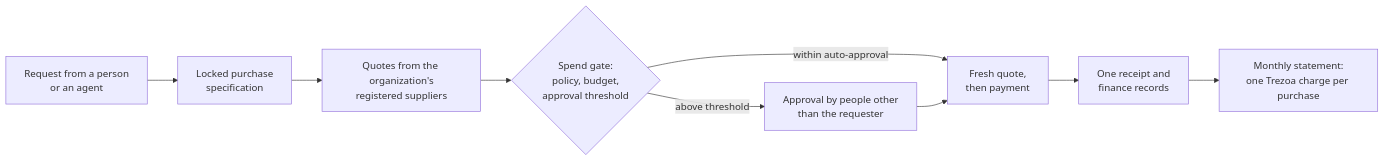
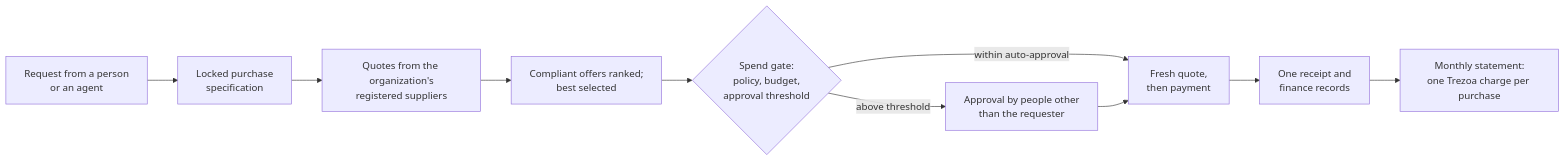
One commit to trezoa-labs/trezoa-labs changed the diagram in README.md. Above: the diagram before and after it, drawn with Mermaid. The commit also changed other lines of this file, not shown here.

````diff
--- a/README.md
+++ b/README.md
@@ -80,11 +80,12 @@
 ```mermaid
 flowchart LR
     A["Request from a person<br/>or an agent"] --> B["Locked purchase<br/>specification"]
     B --> C["Quotes from the organization's<br/>registered suppliers"]
-    C --> D{"Spend gate:<br/>policy, budget,<br/>approval threshold"}
+    C --> R["Compliant offers ranked;<br/>best selected"]
+    R --> D{"Spend gate:<br/>policy, budget,<br/>approval threshold"}
     D -- "within auto-approval" --> F["Fresh quote,<br/>then payment"]
     D -- "above threshold" --> E["Approval by people other<br/>than the requester"]
     E --> F
     F --> G["One receipt and<br/>finance records"]
     G --> H["Monthly statement:<br/>one Trezoa charge per purchase"]
 ```
````
